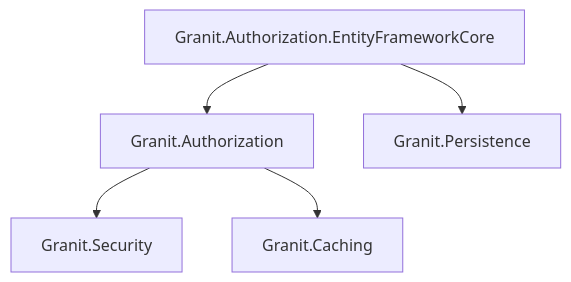
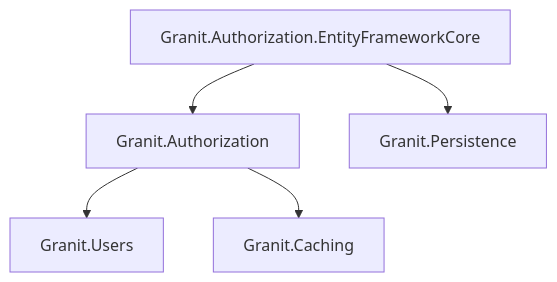
One commit to enraiz/granit-dotnet changed the first of 2 diagrams in docs-site/src/content/docs/dotnet/security/authorization.mdx. Above: the diagram before and after it, drawn with Mermaid. The commit also changed other lines of this file and 2074 other files, not shown here.

````diff
--- a/docs-site/src/content/docs/dotnet/security/authorization.mdx
+++ b/docs-site/src/content/docs/dotnet/security/authorization.mdx
@@ -41,7 +41,7 @@
 ```mermaid
 graph TD
-    AZ[Granit.Authorization] --> S[Granit.Security]
+    AZ[Granit.Authorization] --> S[Granit.Users]
     AZ --> CA[Granit.Caching]
     AZEF[Granit.Authorization.EntityFrameworkCore] --> AZ
     AZEF --> P[Granit.Persistence]
 ```
````
